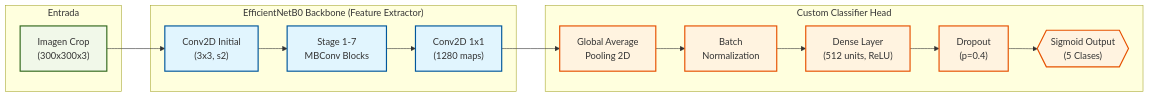
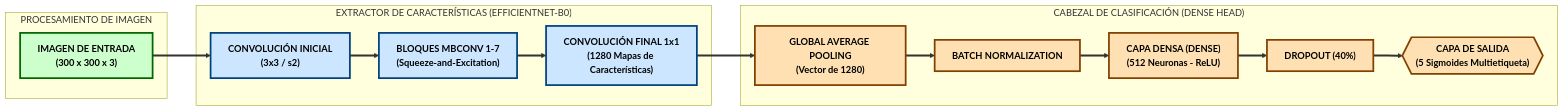
Before and after one commit to IFMLinares/Sperm_detection: the diagram in docs/RESULTADOS_TESIS.md, drawn with Mermaid.

Commit message:
docs: add validation results report for Sperm Morphology Classifier v8

````diff
--- a/docs/RESULTADOS_TESIS.md
+++ b/docs/RESULTADOS_TESIS.md
@@ -12,38 +12,38 @@
 ```mermaid
 graph LR
-    subgraph "Entrada"
-        IN["Imagen Crop<br/>(300x300x3)"]
+    subgraph "PROCESAMIENTO DE IMAGEN"
+        IN["<b>IMAGEN DE ENTRADA</b><br/>(300 x 300 x 3)"]
     end
 
-    subgraph "EfficientNetB0 Backbone (Feature Extractor)"
-        B1["Conv2D Initial<br/>(3x3, s2)"]
-        B2["Stage 1-7<br/>MBConv Blocks"]
-        B3["Conv2D 1x1<br/>(1280 maps)"]
+    subgraph "EXTRACTOR DE CARACTERÍSTICAS (EFFICIENTNET-B0)"
+        B1["<b>CONVOLUCIÓN INICIAL</b><br/>(3x3 / s2)"]
+        B2["<b>BLOQUES MBCONV 1-7</b><br/>(Squeeze-and-Excitation)"]
+        B3["<b>CONVOLUCIÓN FINAL 1x1</b><br/>(1280 Mapas de Características)"]
     end
 
-    subgraph "Custom Classifier Head"
-        H1["Global Average<br/>Pooling 2D"]
-        H2["Batch<br/>Normalization"]
-        H3["Dense Layer<br/>(512 units, ReLU)"]
-        H4["Dropout<br/>(p=0.4)"]
-        H5{{"Sigmoid Output<br/>(5 Clases)"}}
+    subgraph "CABEZAL DE CLASIFICACIÓN (DENSE HEAD)"
+        H1["<b>GLOBAL AVERAGE POOLING</b><br/>(Vector de 1280)"]
+        H2["<b>BATCH NORMALIZATION</b>"]
+        H3["<b>CAPA DENSA (DENSE)</b><br/>(512 Neuronas - ReLU)"]
+        H4["<b>DROPOUT (40%)</b>"]
+        H5{{"<b>CAPA DE SALIDA</b><br/>(5 Sigmoides Multietiqueta)"}}
     end
 
-    IN --> B1
-    B1 --> B2
-    B2 --> B3
-    B3 --> H1
-    H1 --> H2
-    H2 --> H3
-    H3 --> H4
-    H4 --> H5
+    IN ==> B1
+    B1 ==> B2
+    B2 ==> B3
+    B3 ==> H1
+    H1 ==> H2
+    H2 ==> H3
+    H3 ==> H4
+    H4 ==> H5
 
-    %% Estilos para simular diagrama de arquitectura CNN
-    classDef input fill:#f1f8e9,stroke:#33691e,stroke-width:2px;
-    classDef backbone fill:#e1f5fe,stroke:#01579b,stroke-width:2px;
-    classDef head fill:#fff3e0,stroke:#e65100,stroke-width:2px;
+    %% Estilos de alto contraste para máxima legibilidad
+    classDef input fill:#ccffcc,stroke:#006600,stroke-width:3px,color:#000,font-weight:bold;
+    classDef backbone fill:#cce6ff,stroke:#004080,stroke-width:3px,color:#000,font-weight:bold;
+    classDef head fill:#ffe0b3,stroke:#804000,stroke-width:3px,color:#000,font-weight:bold;
     
     class IN input;
     class B1,B2,B3 backbone;
     class H1,H2,H3,H4,H5 head;
 ```
````
